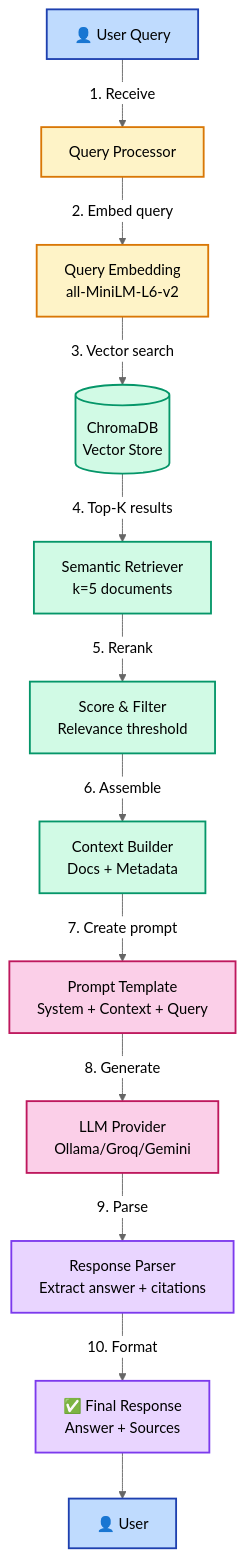
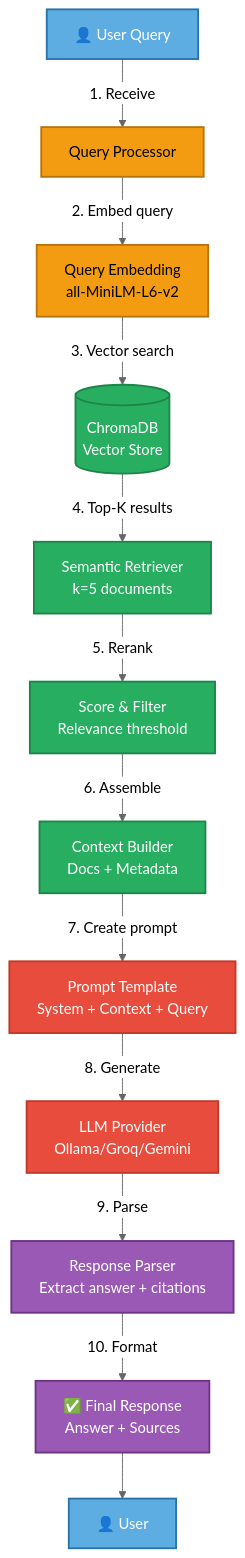
The second of 7 diagrams in ARCHITECTURE_COMPONENTS.md (shabbir-ciklum/rag-chatbot-module4-assignment), drawn with Mermaid (neutral theme) before and after one commit. The commit also changed other lines of this file, not shown here.

Commit message:
update architecture diagram with theme friendly colors

````diff
--- a/ARCHITECTURE_COMPONENTS.md
+++ b/ARCHITECTURE_COMPONENTS.md
@@ -73,36 +73,36 @@
 ```mermaid
 graph TD
     Query[👤 User Query] -->|1. Receive| QueryProcessor[Query Processor]
 
     QueryProcessor -->|2. Embed query| EmbedQuery[Query Embedding<br/>all-MiniLM-L6-v2]
 
     EmbedQuery -->|3. Vector search| VectorDB[(ChromaDB<br/>Vector Store)]
 
     VectorDB -->|4. Top-K results| Retriever[Semantic Retriever<br/>k=5 documents]
 
     Retriever -->|5. Rerank| Reranker[Score & Filter<br/>Relevance threshold]
 
     Reranker -->|6. Assemble| ContextBuilder[Context Builder<br/>Docs + Metadata]
 
     ContextBuilder -->|7. Create prompt| PromptTemplate[Prompt Template<br/>System + Context + Query]
 
     PromptTemplate -->|8. Generate| LLM[LLM Provider<br/>Ollama/Groq/Gemini]
 
     LLM -->|9. Parse| ResponseParser[Response Parser<br/>Extract answer + citations]
 
     ResponseParser -->|10. Format| FinalResponse[✅ Final Response<br/>Answer + Sources]
 
     FinalResponse --> User[👤 User]
 
-    classDef input fill:#bfdbfe,stroke:#1e40af,stroke-width:2px
-    classDef embed fill:#fef3c7,stroke:#d97706,stroke-width:2px
-    classDef retrieve fill:#d1fae5,stroke:#059669,stroke-width:2px
-    classDef llm fill:#fbcfe8,stroke:#be185d,stroke-width:2px
-    classDef output fill:#e9d5ff,stroke:#7c3aed,stroke-width:2px
+    classDef input fill:#5DADE2,stroke:#2874A6,stroke-width:2px,color:#fff
+    classDef embed fill:#F39C12,stroke:#B8730D,stroke-width:2px,color:#000
+    classDef retrieve fill:#27AE60,stroke:#1E8449,stroke-width:2px,color:#fff
+    classDef llm fill:#E74C3C,stroke:#C0392B,stroke-width:2px,color:#fff
+    classDef output fill:#9B59B6,stroke:#6C3483,stroke-width:2px,color:#fff
 
     class Query,User input
     class QueryProcessor,EmbedQuery embed
     class VectorDB,Retriever,Reranker,ContextBuilder retrieve
     class PromptTemplate,LLM llm
     class ResponseParser,FinalResponse output
 ```
````
